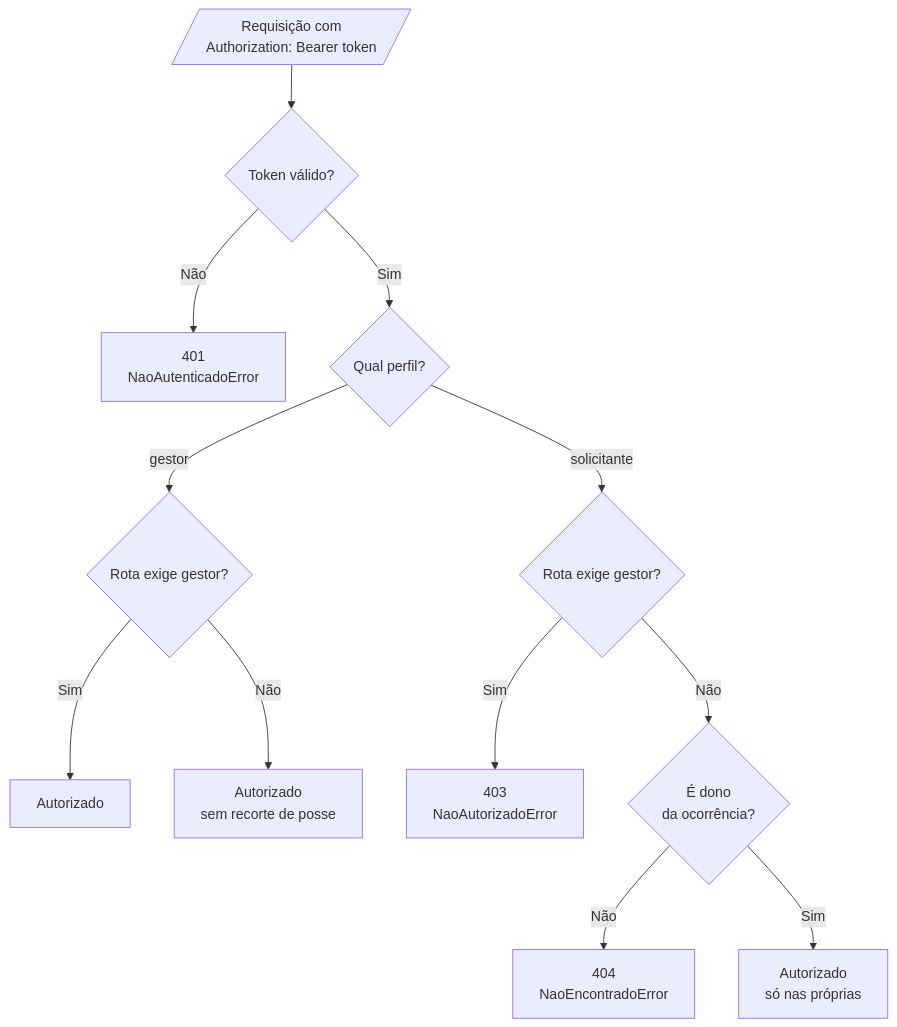
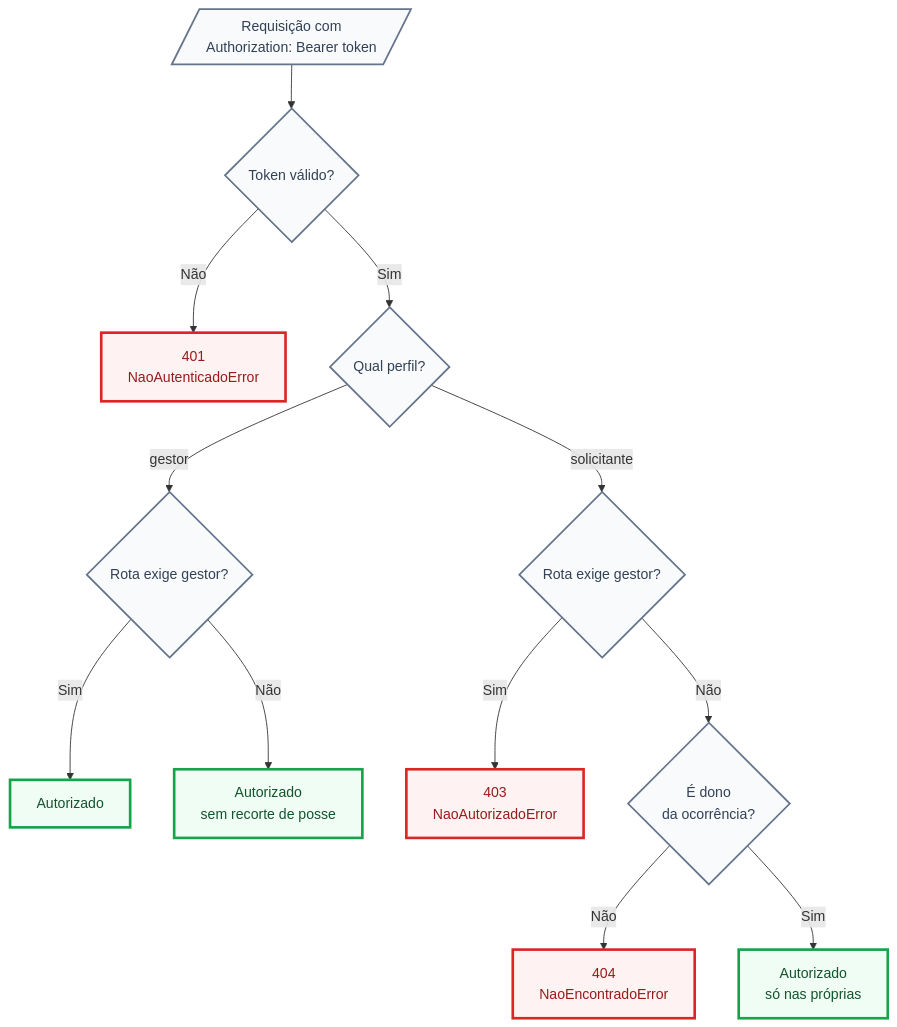
One commit to AndreBorges-Git/resolve-ai changed the fourth of 4 diagrams in docs/FLUXOGRAMA.md. Above: the diagram before and after it, drawn with Mermaid. The commit also changed other lines of this file and 2 other files, not shown here.

````diff
--- a/docs/FLUXOGRAMA.md
+++ b/docs/FLUXOGRAMA.md
@@ -160,16 +188,24 @@
 ```mermaid
 flowchart TD
     R[/Requisição com<br/>Authorization: Bearer token/] --> A{Token válido?}
     A -- Não --> E401[401<br/>NaoAutenticadoError]
     A -- Sim --> P{Qual perfil?}
 
     P -- gestor --> GA{Rota exige gestor?}
     GA -- Sim --> OK1[Autorizado]
     GA -- Não --> OK2[Autorizado<br/>sem recorte de posse]
 
     P -- solicitante --> SA{Rota exige gestor?}
     SA -- Sim --> E403[403<br/>NaoAutorizadoError]
     SA -- Não --> D{É dono<br/>da ocorrência?}
     D -- Não --> E404[404<br/>NaoEncontradoError]
     D -- Sim --> OK3[Autorizado<br/>só nas próprias]
+
+    classDef decisao fill:#F8FAFC,stroke:#64748B,stroke-width:2px,color:#334155;
+    classDef autorizado fill:#F0FDF4,stroke:#16A34A,stroke-width:3px,color:#14532D;
+    classDef negado fill:#FEF2F2,stroke:#DC2626,stroke-width:3px,color:#991B1B;
+
+    class R,A,P,GA,SA,D decisao;
+    class OK1,OK2,OK3 autorizado;
+    class E401,E403,E404 negado;
 ```
````
